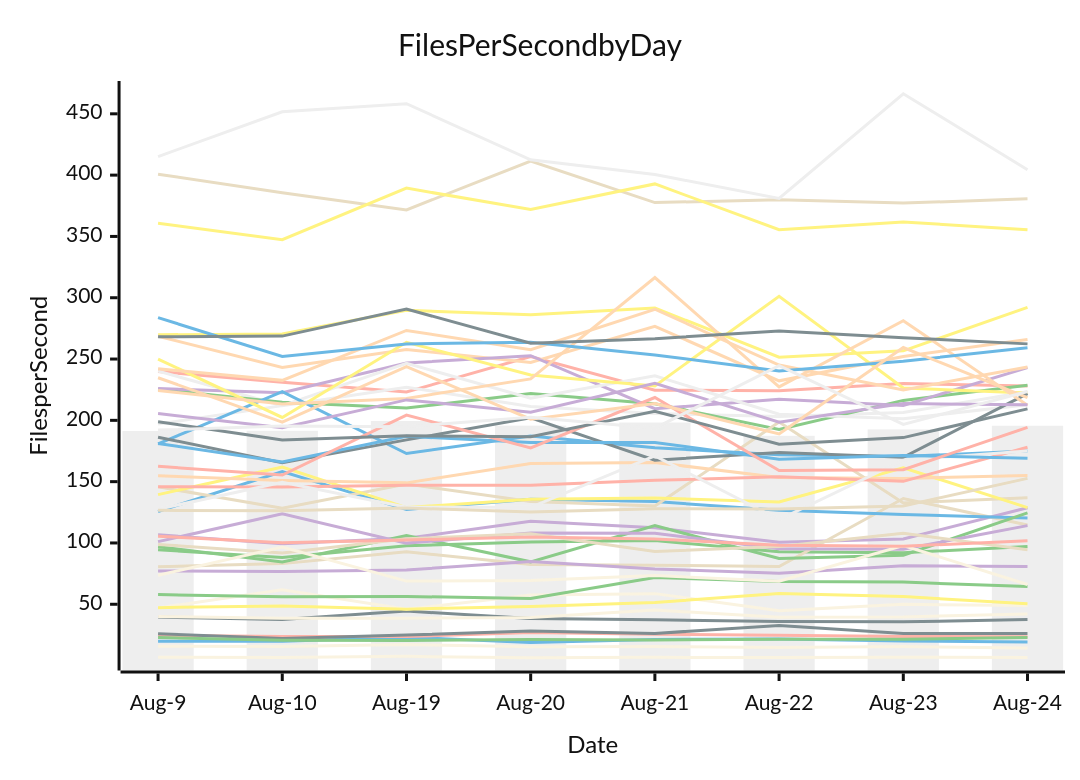
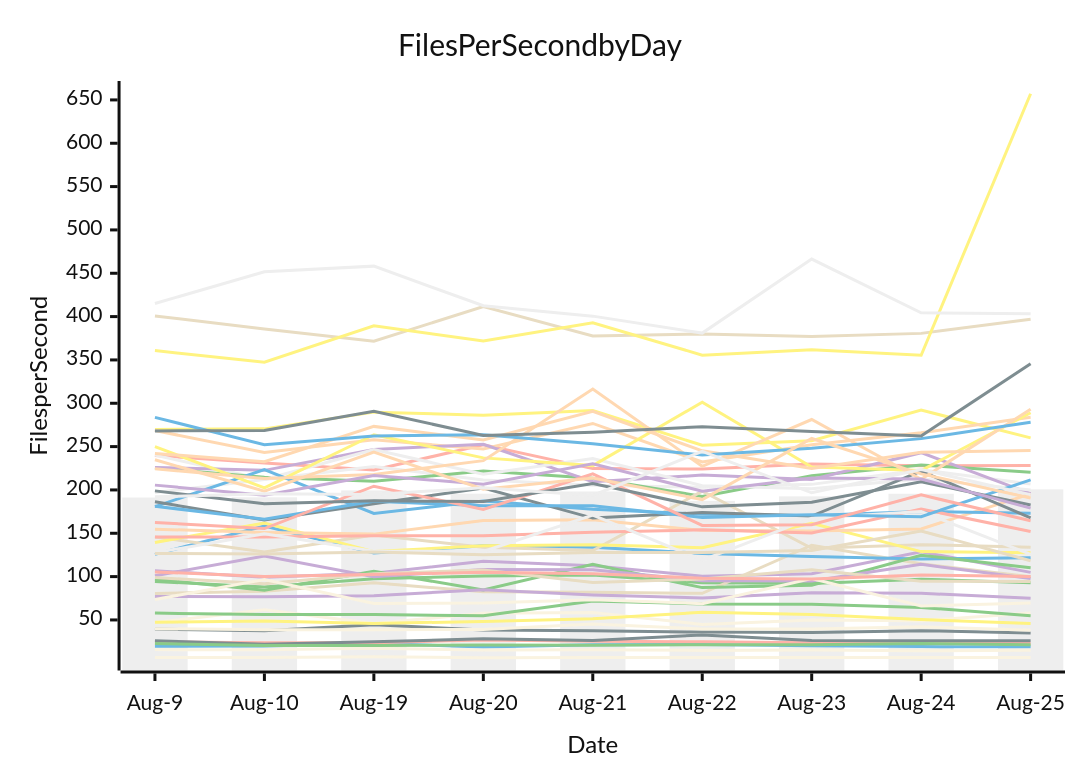
One commit to streetsidesoftware/cspell changed the diagram in perf-report.md. Above: the diagram before and after it, drawn with Mermaid (neutral theme). The commit also changed other lines of this file and 2 other files, not shown here.

````diff
--- a/perf-report.md
+++ b/perf-report.md
@@ -11,57 +11,57 @@
 ```mermaid
 xychart-beta
     title Files Per Second by Day
     y-axis Files per Second
-    x-axis Date [Aug-9, Aug-10, Aug-19, Aug-20, Aug-21, Aug-22, Aug-23, Aug-24]
-    bar [191.27, 191.48, 199.45, 195.67, 198.22, 187.40, 192.61, 195.61]
-    line [19.76, 19.87, 23.15, 18.80, 21.30, 21.70, 20.11, 19.24]
-    line [94.45, 88.13, 97.66, 100.71, 101.93, 92.80, 92.11, 97.07]
-    line [106.66, 99.38, 103.80, 117.71, 112.47, 100.50, 103.30, 128.71]
-    line [80.61, 83.15, 92.81, 82.44, 81.86, 80.75, 136.22, 114.72]
-    line [239.79, 231.09, 223.10, 252.00, 224.60, 224.17, 230.06, 227.93]
-    line [269.81, 270.47, 289.77, 286.14, 291.59, 251.52, 256.69, 292.19]
-    line [39.52, 37.52, 44.46, 38.46, 37.42, 35.96, 35.65, 37.61]
-    line [268.54, 243.09, 257.77, 247.18, 276.72, 232.23, 252.08, 266.01]
-    line [6.78, 6.60, 7.51, 6.38, 6.72, 6.55, 6.77, 6.55]
-    line [240.17, 211.99, 227.00, 211.38, 205.51, 203.10, 206.43, 223.33]
-    line [125.68, 158.27, 127.25, 135.61, 133.76, 126.70, 123.28, 120.42]
-    line [225.24, 214.74, 210.02, 221.88, 213.58, 192.56, 216.27, 228.68]
-    line [225.91, 222.58, 246.74, 252.74, 209.47, 217.12, 212.13, 242.98]
-    line [145.75, 128.32, 148.05, 133.76, 130.09, 198.58, 132.66, 136.89]
-    line [24.65, 23.72, 23.68, 26.94, 25.51, 24.79, 23.76, 23.53]
-    line [139.45, 161.93, 128.87, 135.71, 136.66, 133.36, 161.38, 128.87]
-    line [25.95, 22.03, 24.86, 28.29, 26.21, 32.71, 26.20, 26.09]
-    line [154.75, 150.93, 149.02, 164.86, 165.64, 153.35, 152.64, 155.02]
-    line [15.80, 15.53, 17.25, 15.28, 15.49, 14.84, 15.46, 14.39]
-    line [196.97, 211.99, 246.59, 218.10, 236.31, 204.94, 201.38, 212.81]
-    line [180.75, 223.35, 172.94, 187.16, 177.68, 172.01, 170.49, 175.09]
-    line [96.93, 84.41, 106.12, 84.61, 114.12, 87.31, 89.99, 124.55]
-    line [77.16, 76.75, 77.91, 84.91, 78.76, 75.34, 81.46, 80.77]
-    line [400.74, 385.62, 371.65, 411.46, 377.61, 379.88, 377.18, 380.64]
-    line [145.79, 145.58, 147.10, 147.08, 151.07, 153.94, 150.27, 178.09]
-    line [249.96, 202.34, 263.67, 236.99, 228.06, 301.20, 226.40, 222.40]
-    line [186.27, 165.43, 184.07, 202.12, 167.51, 173.85, 169.85, 221.75]
-    line [224.37, 213.27, 217.89, 233.79, 316.48, 227.32, 281.23, 212.31]
-    line [47.00, 61.84, 45.89, 57.63, 58.67, 44.77, 49.92, 49.06]
-    line [127.47, 149.55, 129.16, 129.10, 170.99, 119.13, 167.47, 175.06]
-    line [181.18, 166.12, 186.93, 181.85, 181.88, 168.34, 171.35, 169.12]
-    line [57.90, 56.15, 56.35, 54.76, 71.89, 68.47, 68.09, 64.39]
-    line [101.07, 123.80, 99.87, 108.06, 107.98, 95.34, 94.96, 114.12]
-    line [98.84, 91.76, 103.43, 107.49, 93.08, 97.11, 107.90, 94.53]
-    line [162.48, 155.40, 204.32, 177.59, 218.64, 159.00, 159.79, 194.26]
-    line [360.76, 347.31, 389.41, 371.89, 392.82, 355.53, 361.83, 355.43]
-    line [198.91, 184.05, 187.41, 186.67, 207.48, 180.49, 185.92, 209.38]
-    line [242.10, 232.62, 273.32, 257.69, 290.62, 245.10, 224.83, 243.49]
-    line [73.60, 96.61, 68.89, 69.48, 73.38, 68.77, 97.84, 66.15]
-    line [415.14, 451.69, 458.22, 412.53, 400.53, 380.98, 466.37, 404.40]
-    line [283.77, 252.09, 262.36, 263.68, 253.37, 240.18, 248.22, 259.20]
-    line [22.84, 20.59, 20.47, 21.22, 20.90, 21.42, 21.40, 22.88]
-    line [205.56, 193.98, 216.67, 206.61, 230.20, 198.53, 213.69, 212.64]
-    line [126.64, 126.17, 128.45, 125.27, 127.94, 127.77, 130.20, 152.67]
-    line [105.46, 100.11, 102.43, 104.89, 103.21, 98.21, 97.36, 101.78]
-    line [47.26, 48.66, 46.00, 48.26, 51.42, 58.83, 56.30, 50.38]
-    line [268.09, 268.70, 290.78, 262.94, 266.60, 272.93, 267.45, 262.37]
-    line [234.76, 198.61, 243.75, 200.90, 213.71, 188.91, 259.37, 218.53]
-    line [39.98, 38.63, 38.64, 39.11, 45.24, 39.50, 39.66, 42.07]
-    line [192.03, 195.48, 194.87, 202.54, 193.62, 244.63, 196.70, 223.56]
+    x-axis Date [Aug-9, Aug-10, Aug-19, Aug-20, Aug-21, Aug-22, Aug-23, Aug-24, Aug-25]
+    bar [191.27, 191.48, 199.45, 195.67, 198.22, 187.40, 192.61, 195.61, 200.69]
+    line [19.76, 19.87, 23.15, 18.80, 21.30, 21.70, 20.11, 19.24, 18.97]
+    line [94.45, 88.13, 97.66, 100.71, 101.93, 92.80, 92.11, 97.07, 92.83]
+    line [106.66, 99.38, 103.80, 117.71, 112.47, 100.50, 103.30, 128.71, 104.89]
+    line [80.61, 83.15, 92.81, 82.44, 81.86, 80.75, 136.22, 114.72, 99.92]
+    line [239.79, 231.09, 223.10, 252.00, 224.60, 224.17, 230.06, 227.93, 228.22]
+    line [269.81, 270.47, 289.77, 286.14, 291.59, 251.52, 256.69, 292.19, 260.02]
+    line [39.52, 37.52, 44.46, 38.46, 37.42, 35.96, 35.65, 37.61, 34.82]
+    line [268.54, 243.09, 257.77, 247.18, 276.72, 232.23, 252.08, 266.01, 283.94]
+    line [6.78, 6.60, 7.51, 6.38, 6.72, 6.55, 6.77, 6.55, 6.58]
+    line [240.17, 211.99, 227.00, 211.38, 205.51, 203.10, 206.43, 223.33, 206.89]
+    line [125.68, 158.27, 127.25, 135.61, 133.76, 126.70, 123.28, 120.42, 121.90]
+    line [225.24, 214.74, 210.02, 221.88, 213.58, 192.56, 216.27, 228.68, 220.47]
+    line [225.91, 222.58, 246.74, 252.74, 209.47, 217.12, 212.13, 242.98, 195.81]
+    line [145.75, 128.32, 148.05, 133.76, 130.09, 198.58, 132.66, 136.89, 133.84]
+    line [24.65, 23.72, 23.68, 26.94, 25.51, 24.79, 23.76, 23.53, 22.75]
+    line [139.45, 161.93, 128.87, 135.71, 136.66, 133.36, 161.38, 128.87, 127.62]
+    line [25.95, 22.03, 24.86, 28.29, 26.21, 32.71, 26.20, 26.09, 26.00]
+    line [154.75, 150.93, 149.02, 164.86, 165.64, 153.35, 152.64, 155.02, 195.52]
+    line [15.80, 15.53, 17.25, 15.28, 15.49, 14.84, 15.46, 14.39, 15.01]
+    line [196.97, 211.99, 246.59, 218.10, 236.31, 204.94, 201.38, 212.81, 200.01]
+    line [180.75, 223.35, 172.94, 187.16, 177.68, 172.01, 170.49, 175.09, 173.22]
+    line [96.93, 84.41, 106.12, 84.61, 114.12, 87.31, 89.99, 124.55, 110.24]
+    line [77.16, 76.75, 77.91, 84.91, 78.76, 75.34, 81.46, 80.77, 74.97]
+    line [400.74, 385.62, 371.65, 411.46, 377.61, 379.88, 377.18, 380.64, 396.91]
+    line [145.79, 145.58, 147.10, 147.08, 151.07, 153.94, 150.27, 178.09, 152.08]
+    line [249.96, 202.34, 263.67, 236.99, 228.06, 301.20, 226.40, 222.40, 289.06]
+    line [186.27, 165.43, 184.07, 202.12, 167.51, 173.85, 169.85, 221.75, 167.75]
+    line [224.37, 213.27, 217.89, 233.79, 316.48, 227.32, 281.23, 212.31, 293.11]
+    line [47.00, 61.84, 45.89, 57.63, 58.67, 44.77, 49.92, 49.06, 57.90]
+    line [127.47, 149.55, 129.16, 129.10, 170.99, 119.13, 167.47, 175.06, 125.57]
+    line [181.18, 166.12, 186.93, 181.85, 181.88, 168.34, 171.35, 169.12, 211.70]
+    line [57.90, 56.15, 56.35, 54.76, 71.89, 68.47, 68.09, 64.39, 54.76]
+    line [101.07, 123.80, 99.87, 108.06, 107.98, 95.34, 94.96, 114.12, 97.84]
+    line [98.84, 91.76, 103.43, 107.49, 93.08, 97.11, 107.90, 94.53, 94.47]
+    line [162.48, 155.40, 204.32, 177.59, 218.64, 159.00, 159.79, 194.26, 164.45]
+    line [360.76, 347.31, 389.41, 371.89, 392.82, 355.53, 361.83, 355.43, 657.12]
+    line [198.91, 184.05, 187.41, 186.67, 207.48, 180.49, 185.92, 209.38, 182.67]
+    line [242.10, 232.62, 273.32, 257.69, 290.62, 245.10, 224.83, 243.49, 245.36]
+    line [73.60, 96.61, 68.89, 69.48, 73.38, 68.77, 97.84, 66.15, 69.59]
+    line [415.14, 451.69, 458.22, 412.53, 400.53, 380.98, 466.37, 404.40, 403.18]
+    line [283.77, 252.09, 262.36, 263.68, 253.37, 240.18, 248.22, 259.20, 278.18]
+    line [22.84, 20.59, 20.47, 21.22, 20.90, 21.42, 21.40, 22.88, 21.36]
+    line [205.56, 193.98, 216.67, 206.61, 230.20, 198.53, 213.69, 212.64, 179.07]
+    line [126.64, 126.17, 128.45, 125.27, 127.94, 127.77, 130.20, 152.67, 118.34]
+    line [105.46, 100.11, 102.43, 104.89, 103.21, 98.21, 97.36, 101.78, 100.00]
+    line [47.26, 48.66, 46.00, 48.26, 51.42, 58.83, 56.30, 50.38, 45.97]
+    line [268.09, 268.70, 290.78, 262.94, 266.60, 272.93, 267.45, 262.37, 345.57]
+    line [234.76, 198.61, 243.75, 200.90, 213.71, 188.91, 259.37, 218.53, 190.79]
+    line [39.98, 38.63, 38.64, 39.11, 45.24, 39.50, 39.66, 42.07, 38.23]
+    line [192.03, 195.48, 194.87, 202.54, 193.62, 244.63, 196.70, 223.56, 194.58]
 ```
````
